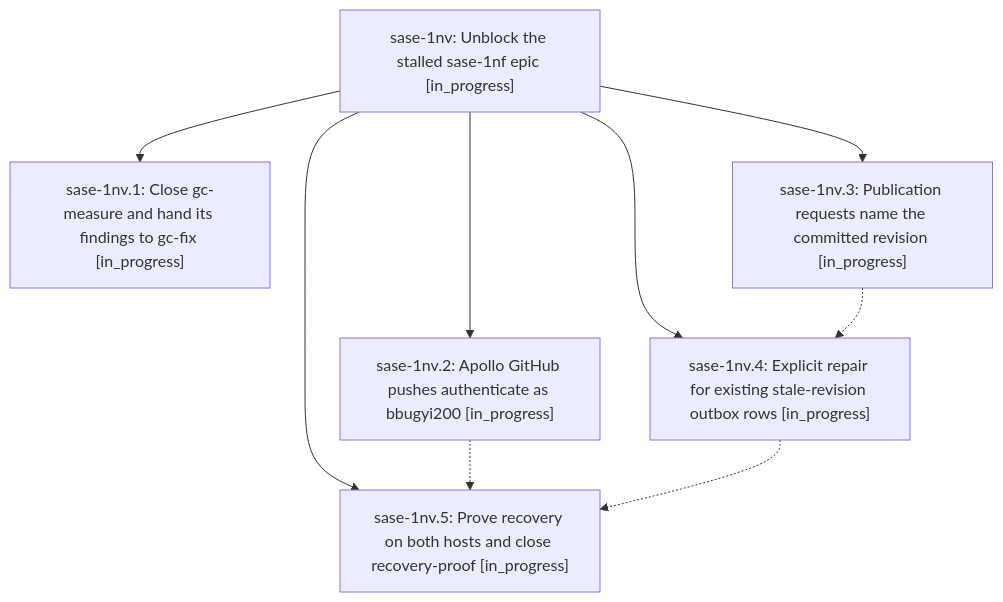
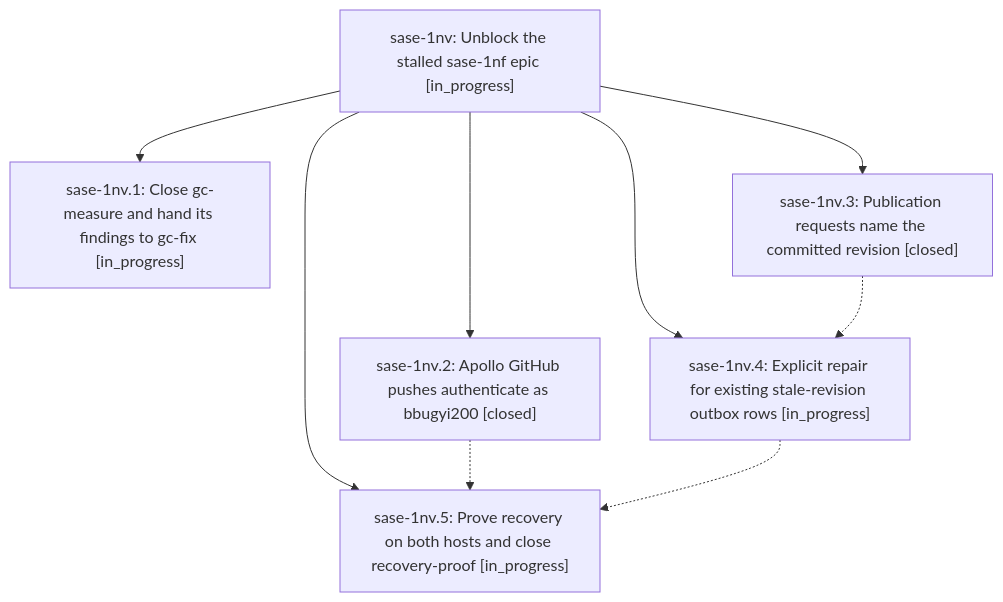
One commit to sase-org/sase--beads changed the diagram in pages/sase-1nv/README.md. Above: the diagram before and after it, drawn with Mermaid. The commit also changed other lines of this file and 4 other files, not shown here.

````diff
--- a/pages/sase-1nv/README.md
+++ b/pages/sase-1nv/README.md
@@ -38,17 +38,17 @@
 ```mermaid
 flowchart TD
     n0["sase-1nv: Unblock the stalled sase-1nf epic [in_progress]"]
     n1["sase-1nv.1: Close gc-measure and hand its findings to gc-fix [in_progress]"]
-    n2["sase-1nv.2: Apollo GitHub pushes authenticate as bbugyi200 [in_progress]"]
-    n3["sase-1nv.3: Publication requests name the committed revision [in_progress]"]
+    n2["sase-1nv.2: Apollo GitHub pushes authenticate as bbugyi200 [closed]"]
+    n3["sase-1nv.3: Publication requests name the committed revision [closed]"]
     n4["sase-1nv.4: Explicit repair for existing stale-revision outbox rows [in_progress]"]
     n5["sase-1nv.5: Prove recovery on both hosts and close recovery-proof [in_progress]"]
     n0 --> n1
     n0 --> n2
     n0 --> n3
     n0 --> n4
     n0 --> n5
     n2 -.-> n5
     n3 -.-> n4
     n4 -.-> n5
 ```
````
